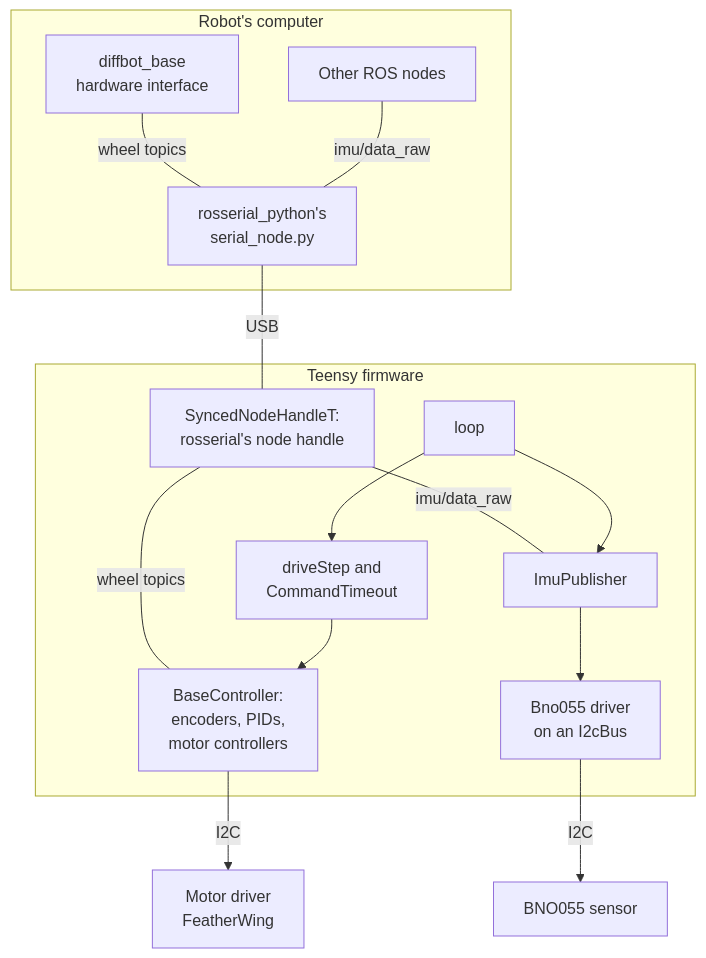
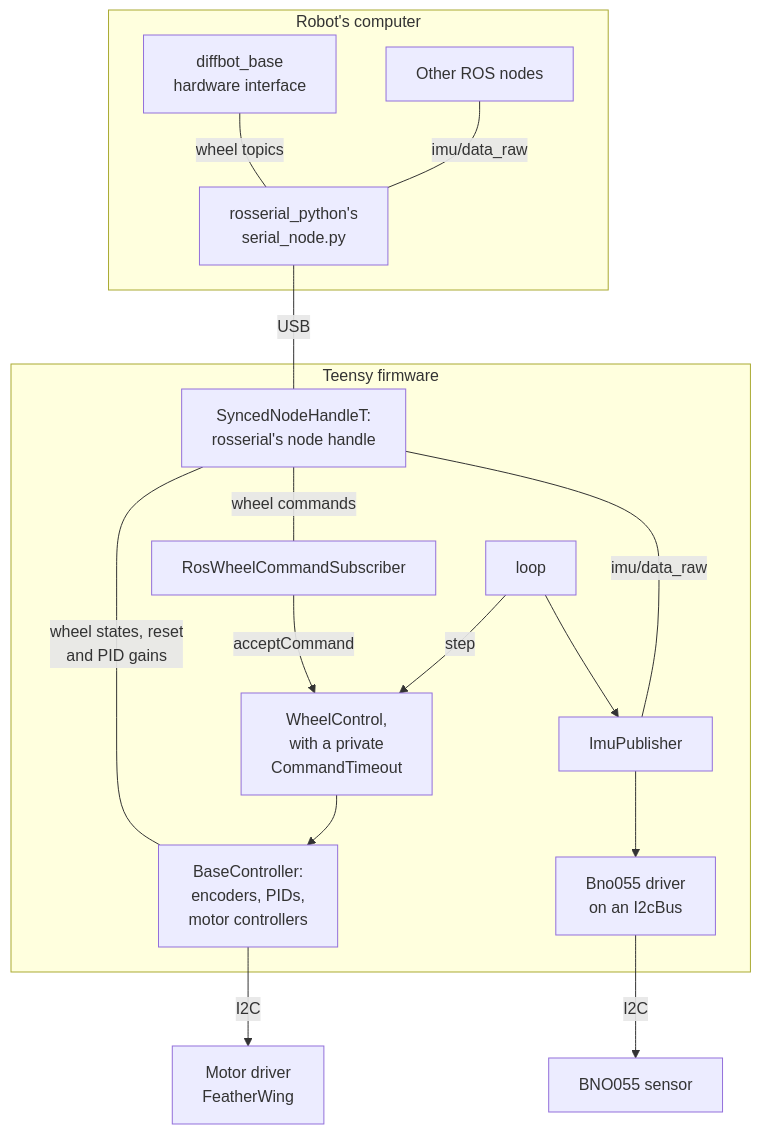
Before and after one commit to ros-mobile-robots/ros-mobile-robots.github.io: the first of 2 diagrams in docs/packages/diffbot_base/low-level.md, drawn with Mermaid. The commit also changed other lines of this file and 1 other file, not shown here.

First line of the commit message:
Low-Level Base Controller: WheelControl and the wheel commands

````diff
--- a/docs/packages/diffbot_base/low-level.md
+++ b/docs/packages/diffbot_base/low-level.md
@@ -147,29 +157,32 @@
     ```mermaid
     graph TB
       subgraph PI [Robot's computer]
         HW[diffbot_base<br/>hardware interface]
         ROS[Other ROS nodes]
         SN[rosserial_python's<br/>serial_node.py]
       end
       subgraph TEENSY [Teensy firmware]
         NH[SyncedNodeHandleT:<br/>rosserial's node handle]
+        SUB[RosWheelCommandSubscriber]
+        WC[WheelControl,<br/>with a private<br/>CommandTimeout]
+        BC[BaseController:<br/>encoders, PIDs,<br/>motor controllers]
         LOOP[loop]
-        DS[driveStep and<br/>CommandTimeout]
-        BC[BaseController:<br/>encoders, PIDs,<br/>motor controllers]
         IP[ImuPublisher]
         BNO[Bno055 driver<br/>on an I2cBus]
       end
       FW[Motor driver<br/>FeatherWing]
       IMU[BNO055 sensor]
       HW ---|wheel topics| SN
       ROS ---|imu/data_raw| SN
       SN ---|USB| NH
-      NH ---|wheel topics| BC
+      NH ---|wheel states, reset<br/>and PID gains| BC
+      NH ---|wheel commands| SUB
+      SUB -->|acceptCommand| WC
+      WC --> BC
+      LOOP -->|step| WC
+      LOOP --> IP
       NH ---|imu/data_raw| IP
-      LOOP --> DS
-      DS --> BC
-      LOOP --> IP
       IP --> BNO
       BC -->|I2C| FW
       BNO -->|I2C| IMU
     ```
````
